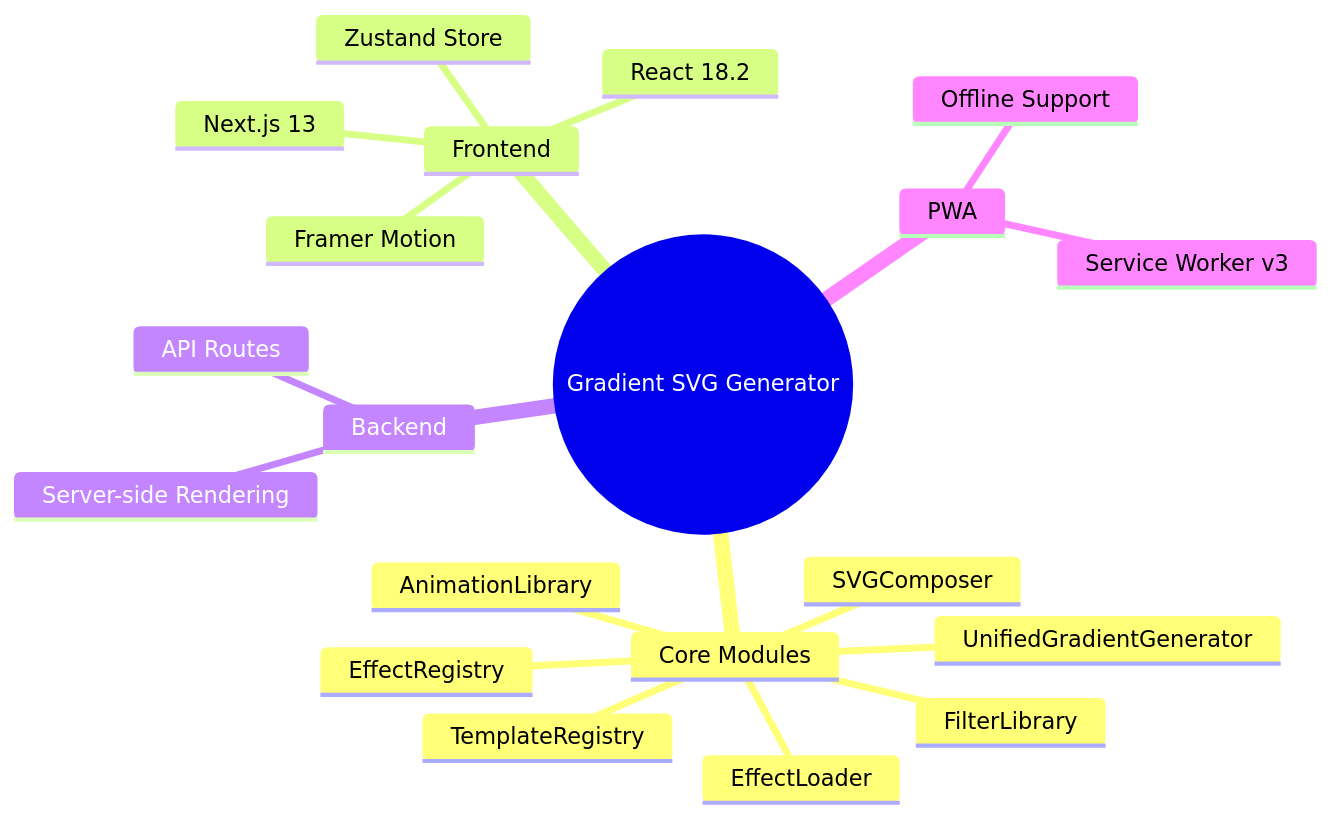
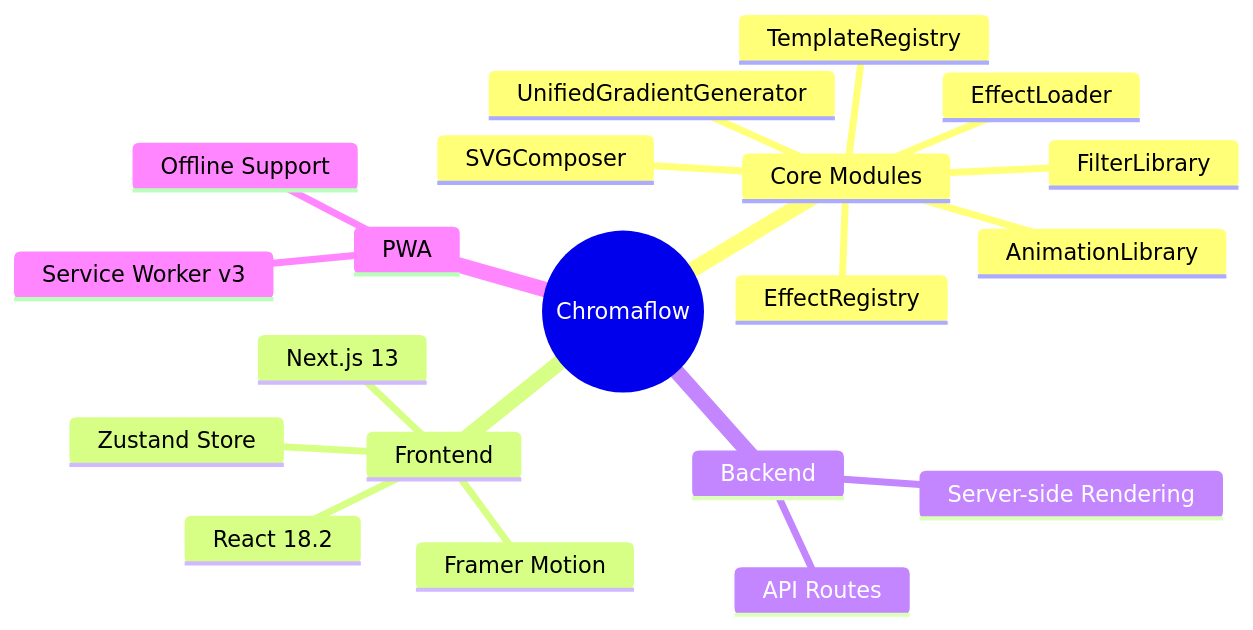
Before and after one commit to ChanMeng666/gradient-svg-generator: the first of 12 diagrams in docs/REFACTORING_ARCHITECTURE.md, drawn with Mermaid. The commit also changed other lines of this file and 18 other files, not shown here.

First line of the commit message:
refactor: rebrand project from Gradient SVG Generator to Chromaflow

````diff
--- a/docs/REFACTORING_ARCHITECTURE.md
+++ b/docs/REFACTORING_ARCHITECTURE.md
@@ -25,23 +25,23 @@
 ```mermaid
 mindmap
-  root((Gradient SVG Generator))
+  root((Chromaflow))
     Core Modules
       UnifiedGradientGenerator
       EffectRegistry
       EffectLoader
       TemplateRegistry
       FilterLibrary
       AnimationLibrary
       SVGComposer
     Frontend
       React 18.2
       Next.js 13
       Zustand Store
       Framer Motion
     Backend
       API Routes
       Server-side Rendering
     PWA
       Service Worker v3
       Offline Support
 ```
````
